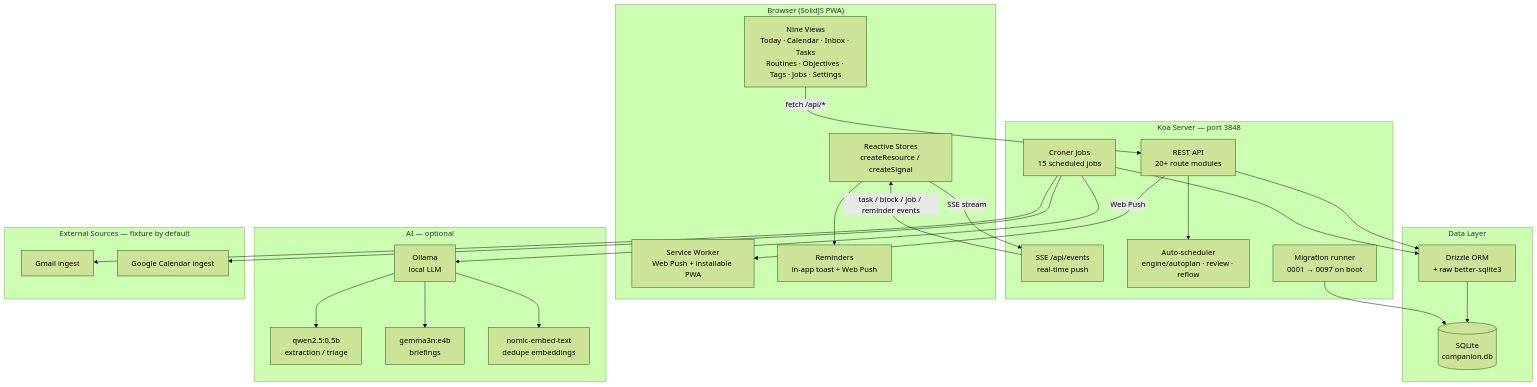
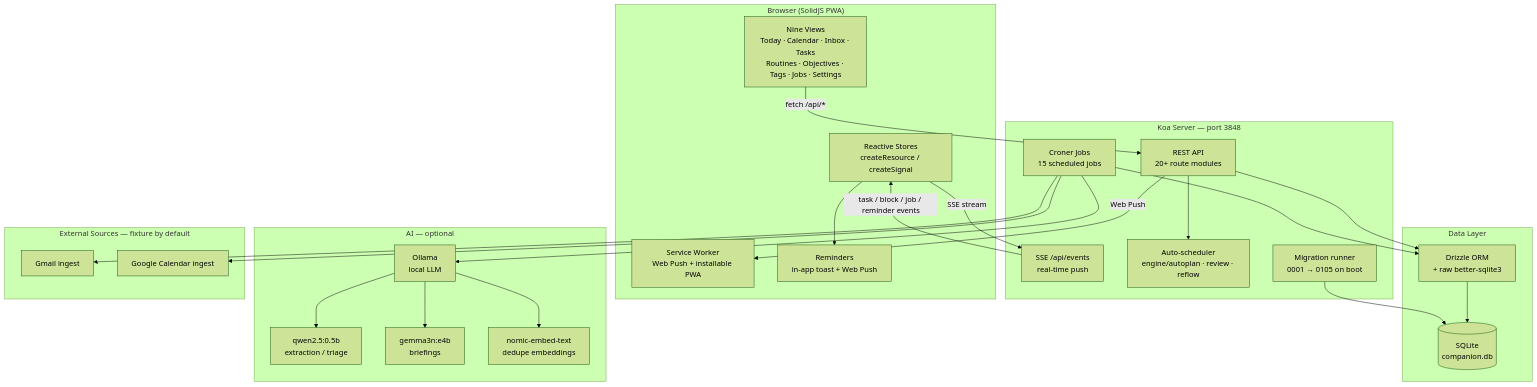
One commit to companionintelligence/CI-Planning changed the diagram in README.md. Above: the diagram before and after it, drawn with Mermaid (forest theme). The commit also changed other lines of this file and 1 other file, not shown here.

First line of the commit message:
docs: correct stale migration-head references 0097 -> 0105

````diff
--- a/README.md
+++ b/README.md
@@ -42,51 +42,51 @@
 ```mermaid
 graph TB
     subgraph Browser["Browser (SolidJS PWA)"]
         UI[Nine Views<br/>Today · Calendar · Inbox · Tasks<br/>Routines · Objectives · Tags · Jobs · Settings]
         Store[Reactive Stores<br/>createResource / createSignal]
         SW[Service Worker<br/>Web Push + installable PWA]
         BN[Reminders<br/>in-app toast + Web Push]
     end
 
     subgraph Server["Koa Server — port 3848"]
         API[REST API<br/>20+ route modules]
         SSE[SSE /api/events<br/>real-time push]
         Engine[Auto-scheduler<br/>engine/autoplan · review · reflow]
         Cron[Croner Jobs<br/>15 scheduled jobs]
-        Migrate[Migration runner<br/>0001 → 0097 on boot]
+        Migrate[Migration runner<br/>0001 → 0105 on boot]
     end
 
     subgraph Data["Data Layer"]
         DB[(SQLite<br/>companion.db)]
         Drizzle[Drizzle ORM<br/>+ raw better-sqlite3]
     end
 
     subgraph AI["AI — optional"]
         Ollama[Ollama<br/>local LLM]
         Small["qwen2.5:0.5b<br/>extraction / triage"]
         Medium["gemma3n:e4b<br/>briefings"]
         Embed["nomic-embed-text<br/>dedupe embeddings"]
     end
 
     subgraph Sources["External Sources — fixture by default"]
         Gmail[Gmail ingest]
         GCal[Google Calendar ingest]
     end
 
     UI -->|"fetch /api/*"| API
     Store -->|SSE stream| SSE
     API --> Engine
     API --> Drizzle
     Cron --> Drizzle
     Cron --> Ollama
     Cron --> Gmail
     Cron --> GCal
     Drizzle --> DB
     Migrate --> DB
     Ollama --> Small
     Ollama --> Medium
     Ollama --> Embed
     SSE -->|task / block / job / reminder events| Store
     Store --> BN
     API -->|Web Push| SW
 ```
````
